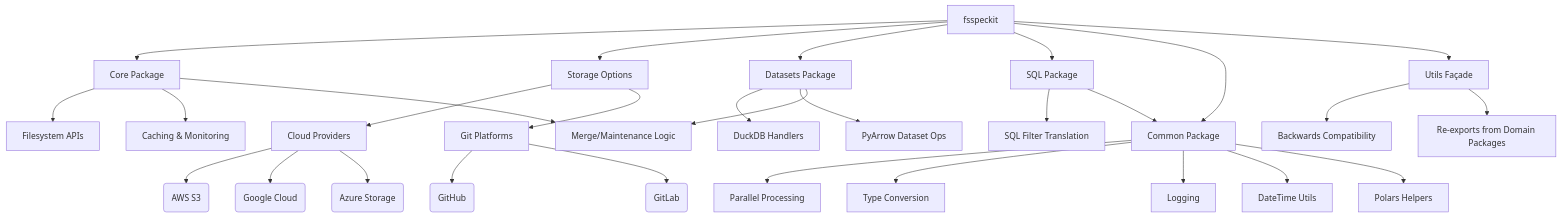
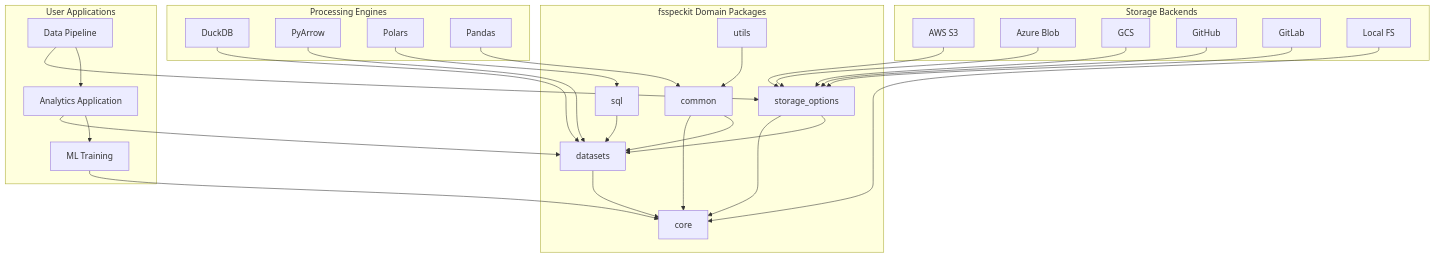
Before and after one commit to legout/fsspeckit: the first of 3 diagrams in docs/architecture.md, drawn with Mermaid. The commit also changed other lines of this file and 4 other files, not shown here.

First line of the commit message:
refactor: Comprehensive architecture documentation rewrite

````diff
--- a/docs/architecture.md
+++ b/docs/architecture.md
@@ -69,38 +498,37 @@
 ```mermaid
-graph TD
-    A[fsspeckit] --> B[Core Package]
-    A --> C[Storage Options]
-    A --> D[Datasets Package]
-    A --> E[SQL Package]
-    A --> F[Common Package]
-    A --> G[Utils Façade]
+graph TB
+    subgraph "User Applications"
+        A[Data Pipeline] --> B[Analytics Application]
+        B --> C[ML Training]
+    end
 
-    B --> H[Filesystem APIs]
-    B --> I[Caching & Monitoring]
-    B --> J[Merge/Maintenance Logic]
+    subgraph "fsspeckit Domain Packages"
+        D[storage_options] --> E[datasets]
+        D --> F[core]
+        E --> F
+        G[sql] --> E
+        H[common] --> E
+        H --> F
+        I[utils] --> H
+    end
 
-    C --> K[Cloud Providers]
-    C --> L[Git Platforms]
+    subgraph "Storage Backends"
+        J[AWS S3] --> D
+        K[Azure Blob] --> D
+        L[GCS] --> D
+        M[GitHub] --> D
+        N[GitLab] --> D
+        O[Local FS] --> F
+    end
 
-    D --> M[DuckDB Handlers]
-    D --> N[PyArrow Dataset Ops]
-    D --> J
+    subgraph "Processing Engines"
+        P[DuckDB] --> E
+        Q[PyArrow] --> E
+        R[Polars] --> G
+        S[Pandas] --> H
+    end
 
-    E --> O[SQL Filter Translation]
-    E --> F
-
-    F --> P[Parallel Processing]
-    F --> Q[Type Conversion]
-    F --> R[Logging]
-    F --> S[DateTime Utils]
-    F --> T[Polars Helpers]
-
-    G --> U[Backwards Compatibility]
-    G --> V[Re-exports from Domain Packages]
-
-    K --> W(AWS S3)
-    K --> X(Google Cloud)
-    K --> Y(Azure Storage)
-    L --> Z(GitHub)
-    L --> AA(GitLab)
+    A --> D
+    B --> E
+    C --> F
 ```
````
